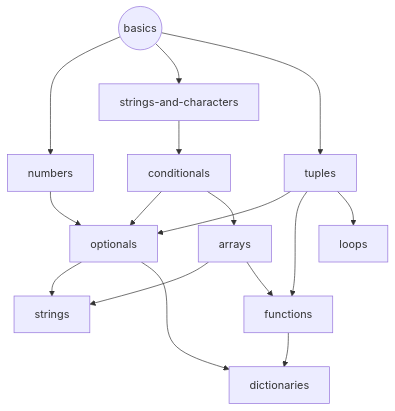
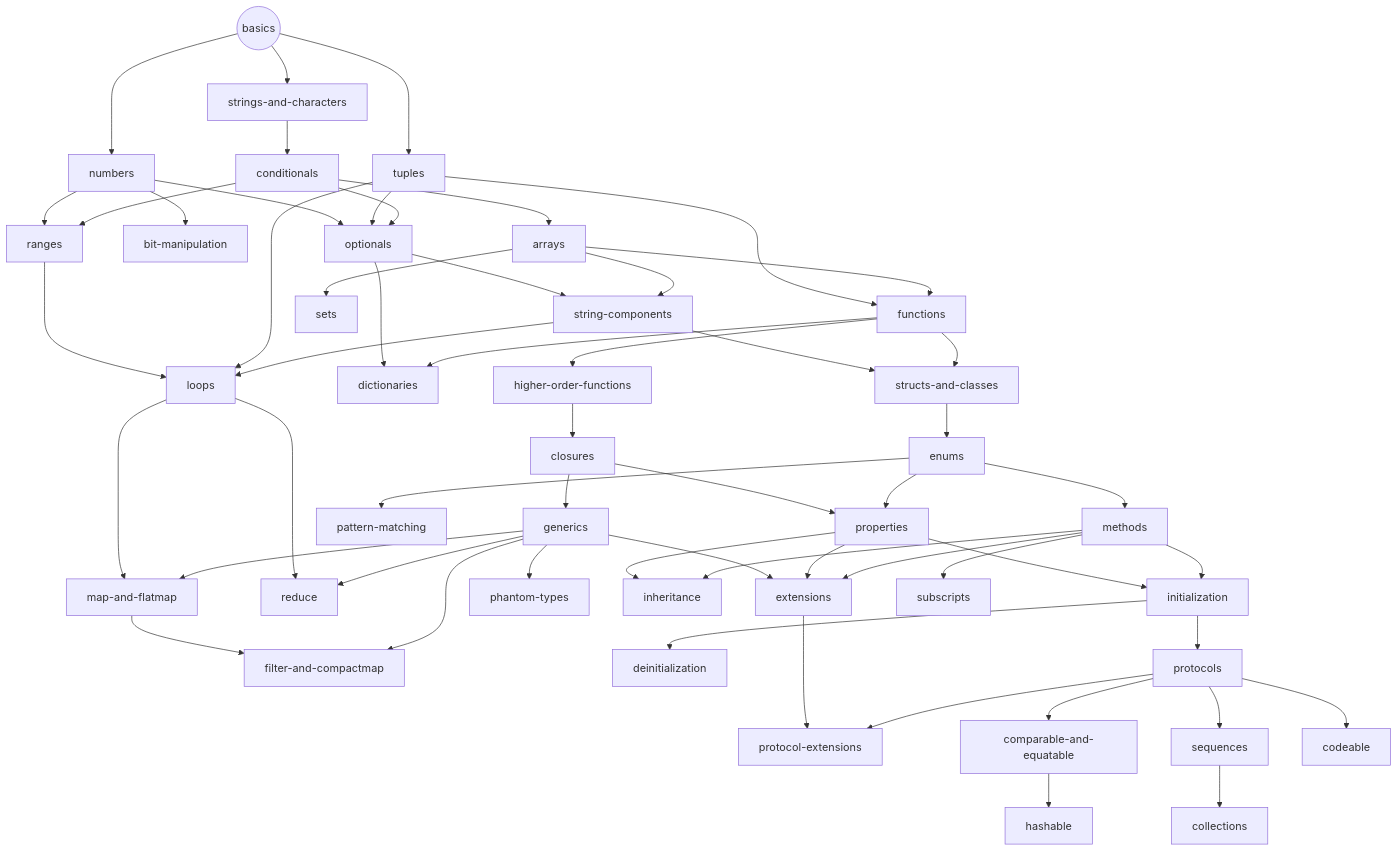
Before and after one commit to exercism/v3: the diagram in languages/swift/reference/progression.md, drawn with Mermaid.

First paragraph of the commit message:
[Swift] modify progression flow (#2219)
* Added self to maintainers.md file (commented out senior maintainers section).
Added config.json skeleton with all fields fillied in but no exercises yet.

````diff
--- a/languages/swift/reference/progression.md
+++ b/languages/swift/reference/progression.md
@@ -14,24 +14,81 @@
 ```mermaid
 graph TD
 
 Start((basics)) --> numbers
 Start((basics)) --> strings-and-characters
 Start((basics)) --> tuples
 
 numbers --> optionals
+numbers --> bit-manipulation
+numbers --> ranges
+
+ranges --> loops
+
 strings-and-characters --> conditionals
+
 tuples --> optionals
 tuples --> functions
 tuples --> loops
 
+loops --> map-and-flatmap
+loops --> reduce
+
+map-and-flatmap --> filter-and-compactmap
+
 conditionals --> optionals
 conditionals --> arrays
+conditionals --> ranges
 
-optionals --> strings
+optionals --> string-components
 optionals --> dictionaries
 
-arrays --> strings
+arrays --> string-components
 arrays --> functions
+arrays --> sets
+
+string-components --> structs-and-classes
+string-components --> loops
 
 functions --> dictionaries
+functions --> higher-order-functions
+functions --> structs-and-classes
+
+higher-order-functions --> closures
+
+closures --> properties
+closures --> generics
+
+structs-and-classes --> enums
+
+enums --> pattern-matching
+enums --> methods
+enums --> properties
+
+generics --> map-and-flatmap
+generics --> filter-and-compactmap
+generics --> reduce
+generics --> extensions
+generics --> phantom-types
+
+properties --> inheritance
+properties --> initialization
+properties --> extensions
+
+methods --> inheritance
+methods --> initialization
+methods --> extensions
+methods --> subscripts
+
+initialization --> deinitialization
+initialization --> protocols
+
+extensions --> protocol-extensions
+
+protocols --> protocol-extensions
+protocols --> comparable-and-equatable
+protocols --> sequences
+protocols --> codeable
+
+comparable-and-equatable --> hashable
+sequences --> collections
 ```
````
